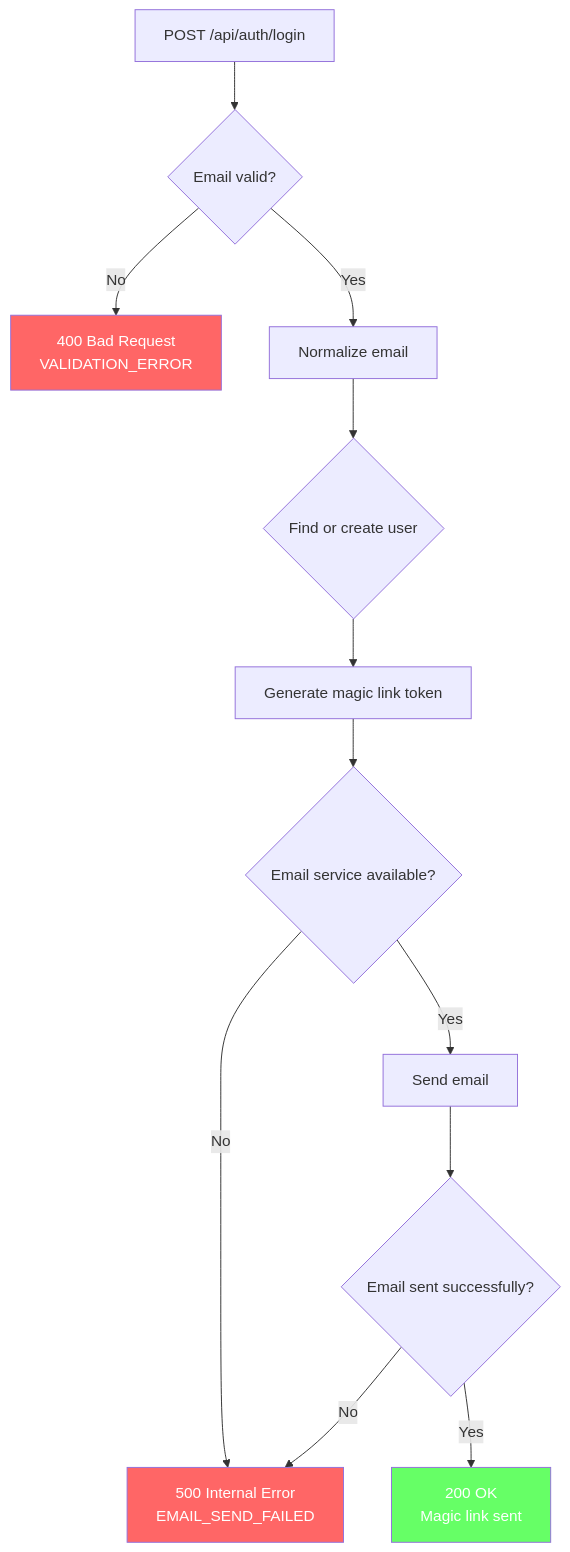
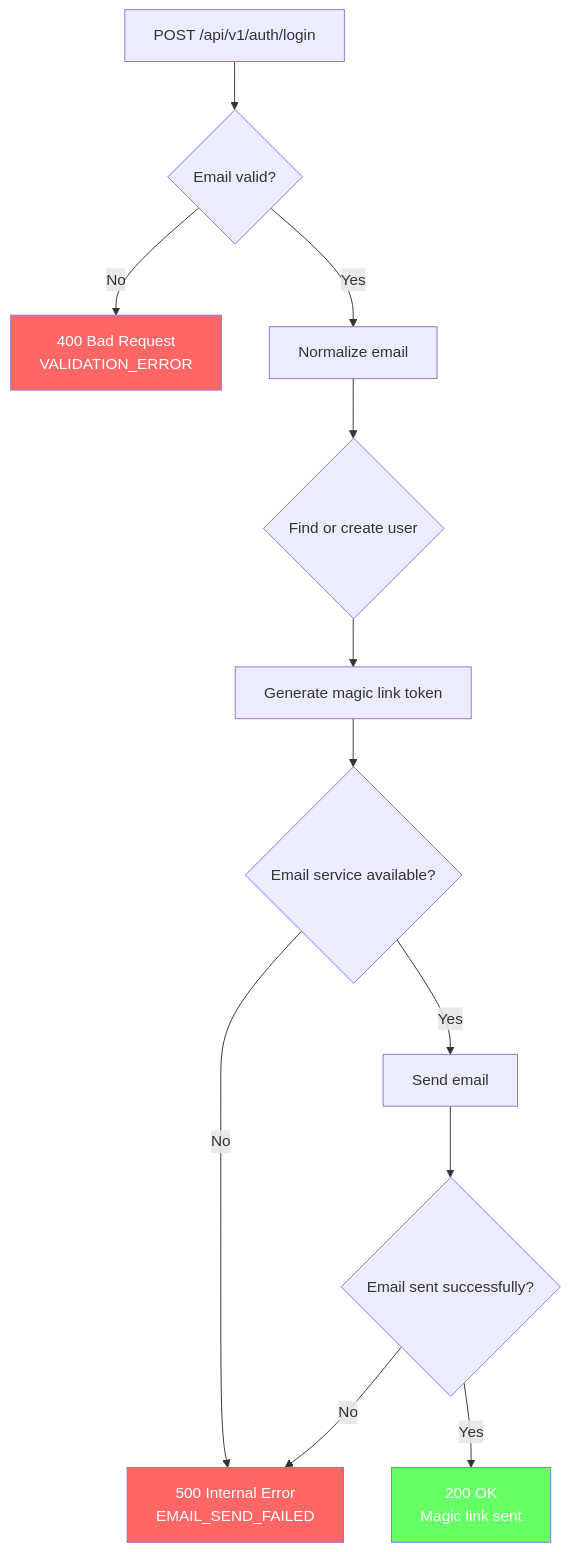
The second of 10 diagrams in docs/diagrams/user-authentication-flow.md (alexandermfisher/budgeteer), drawn with Mermaid before and after one commit. The commit also changed other lines of this file and 19 other files, not shown here.

````diff
--- a/docs/diagrams/user-authentication-flow.md
+++ b/docs/diagrams/user-authentication-flow.md
@@ -71,18 +71,18 @@
 ```mermaid
 flowchart TD
-    A[POST /api/auth/login] --> B{Email valid?}
+    A[POST /api/v1/auth/login] --> B{Email valid?}
     B -->|No| C[400 Bad Request<br/>VALIDATION_ERROR]
     B -->|Yes| D[Normalize email]
     D --> E{Find or create user}
     E --> F[Generate magic link token]
     F --> G{Email service available?}
     G -->|No| H[500 Internal Error<br/>EMAIL_SEND_FAILED]
     G -->|Yes| I[Send email]
     I --> J{Email sent successfully?}
     J -->|No| H
     J -->|Yes| K[200 OK<br/>Magic link sent]
     
     style C fill:#f66,color:#fff
     style H fill:#f66,color:#fff
     style K fill:#6f6,color:#fff
 ```
````
